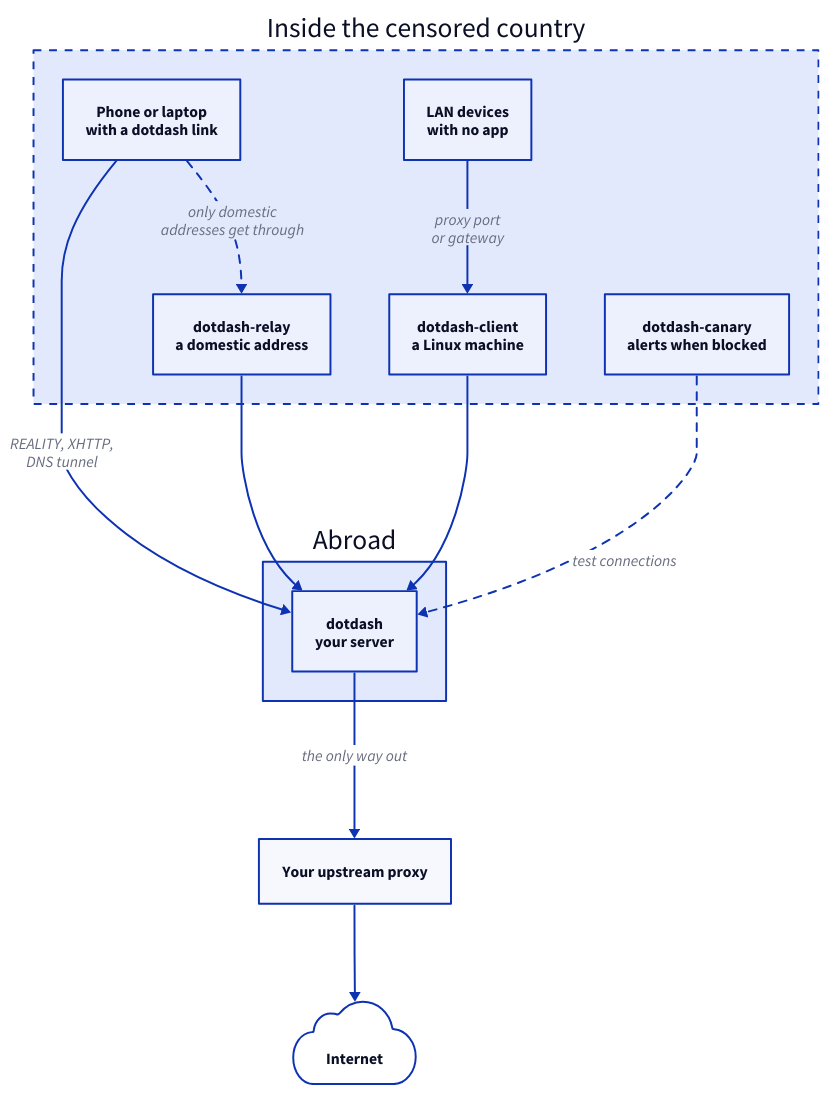
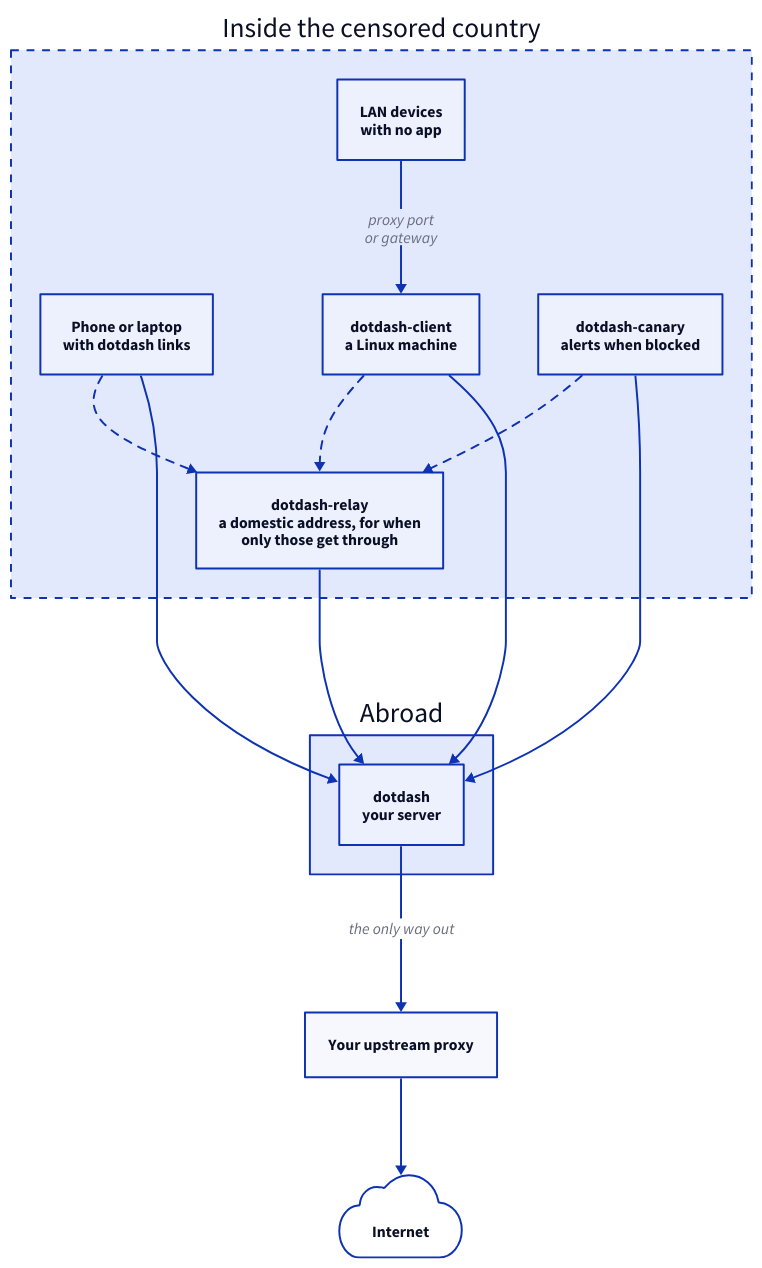
Before and after one commit to morzecrew/dotdash: the diagram in pages/diagrams/overview.d2, drawn with D2. The commit also changed 4 other files, not shown here.

Commit message:
📝 docs: the overview shows the client and canary reaching the relay too (#60)

```diff
--- a/pages/diagrams/overview.d2
+++ b/pages/diagrams/overview.d2
@@ -1,30 +1,36 @@
-# The four bundles and where each runs. Rendered by render.sh.
+# The four bundles and where each runs. Every client side reaches the server
+# directly, or through a relay while only domestic addresses get through
+# (dashed). Rendered by render.sh.
 direction: down
 
 inside: Inside the censored country {
   style.stroke-dash: 4
 
-  phone: Phone or laptop\nwith a dotdash link
-
+  phone: Phone or laptop\nwith dotdash links
   devices: LAN devices\nwith no app
   client: dotdash-client\na Linux machine
+  canary: dotdash-canary\nalerts when blocked
   devices -> client: proxy port\nor gateway
 
-  relay: dotdash-relay\na domestic address
-  canary: dotdash-canary\nalerts when blocked
+  relay: dotdash-relay {
+    label: "dotdash-relay\na domestic address, for when\nonly those get through"
+  }
+
+  phone -> relay {style.stroke-dash: 4}
+  client -> relay {style.stroke-dash: 4}
+  canary -> relay {style.stroke-dash: 4}
 }
 
 abroad: Abroad {
   server: dotdash\nyour server
 }
 
 upstream: Your upstream proxy
 internet: Internet {shape: cloud}
 
-inside.phone -> abroad.server: REALITY, XHTTP,\nDNS tunnel
-inside.phone -> inside.relay: only domestic\naddresses get through {style.stroke-dash: 4}
+inside.phone -> abroad.server
+inside.client -> abroad.server
+inside.canary -> abroad.server
 inside.relay -> abroad.server
-inside.client -> abroad.server
-inside.canary -> abroad.server: test connections {style.stroke-dash: 4}
 abroad.server -> upstream: the only way out
 upstream -> internet
```
